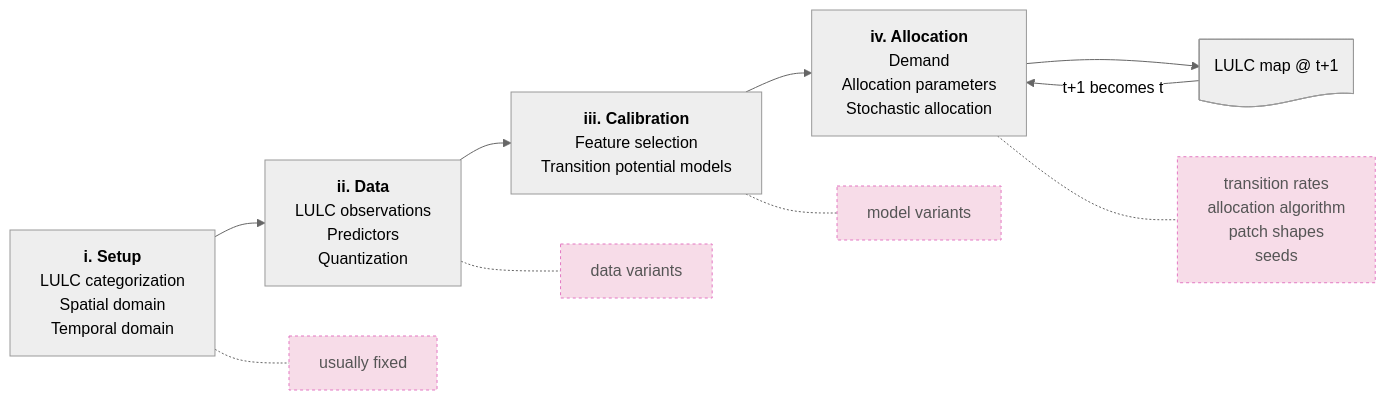
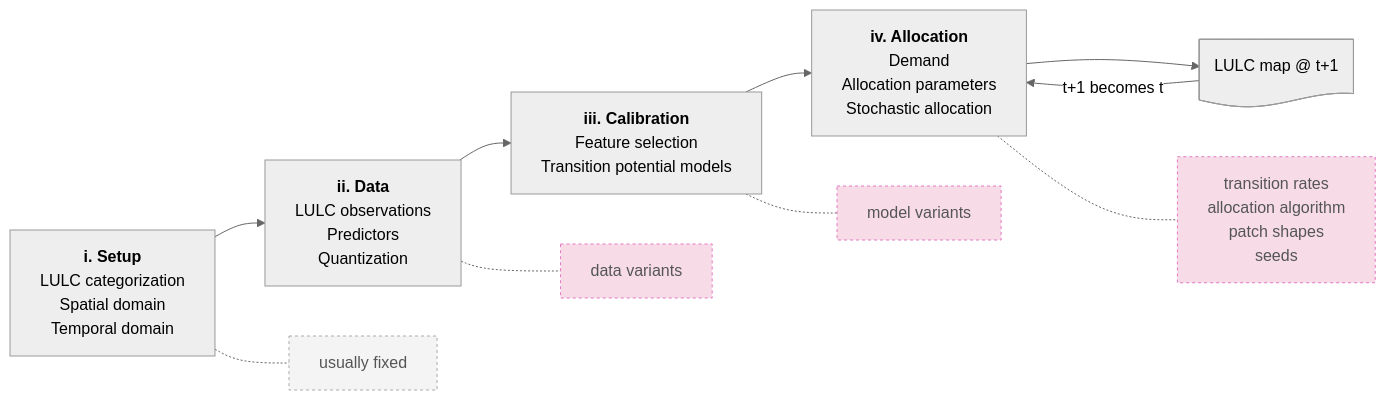
The diagram in devdocs/design/workflow.md (ethzplus/evoland-plus), drawn with Mermaid before and after one commit. The commit also changed other lines of this file and 3 other files, not shown here.

````diff
--- a/devdocs/design/workflow.md
+++ b/devdocs/design/workflow.md
@@ -6,27 +6,29 @@
 ```mermaid
 ---
 config:
   theme: neutral
 ---
 flowchart LR
     setup["<b>i. Setup</b><br>LULC categorization<br>Spatial domain<br>Temporal domain"]
     data["<b>ii. Data</b><br>LULC observations<br>Predictors<br>Quantization"]
     calibration["<b>iii. Calibration</b><br>Feature selection<br>Transition potential models"]
     allocation["<b>iv. Allocation</b><br>Demand<br>Allocation parameters<br>Stochastic allocation"]
     projection@{shape: doc, label: "LULC map @ t+1"}
 
     setup --> data --> calibration --> allocation --> projection
     projection -->|"t+1 becomes t"| allocation
 
     setup_variants["usually fixed"]
     data_variants["data variants"]
     model_variants["model variants"]
     allocation_variants["transition rates<br>allocation algorithm<br>patch shapes<br>seeds"]
     setup -.- setup_variants
     data -.- data_variants
     calibration -.- model_variants
     allocation -.- allocation_variants
 
     classDef variant fill:#f7dce8,stroke:#e377c2,stroke-dasharray:3 3,color:#555
-    class setup_variants,data_variants,model_variants,allocation_variants variant
+    classDef fixed fill:#f4f4f4,stroke:#aaa,stroke-dasharray:3 3,color:#555
+    class data_variants,model_variants,allocation_variants variant
+    class setup_variants fixed
 ```
````
